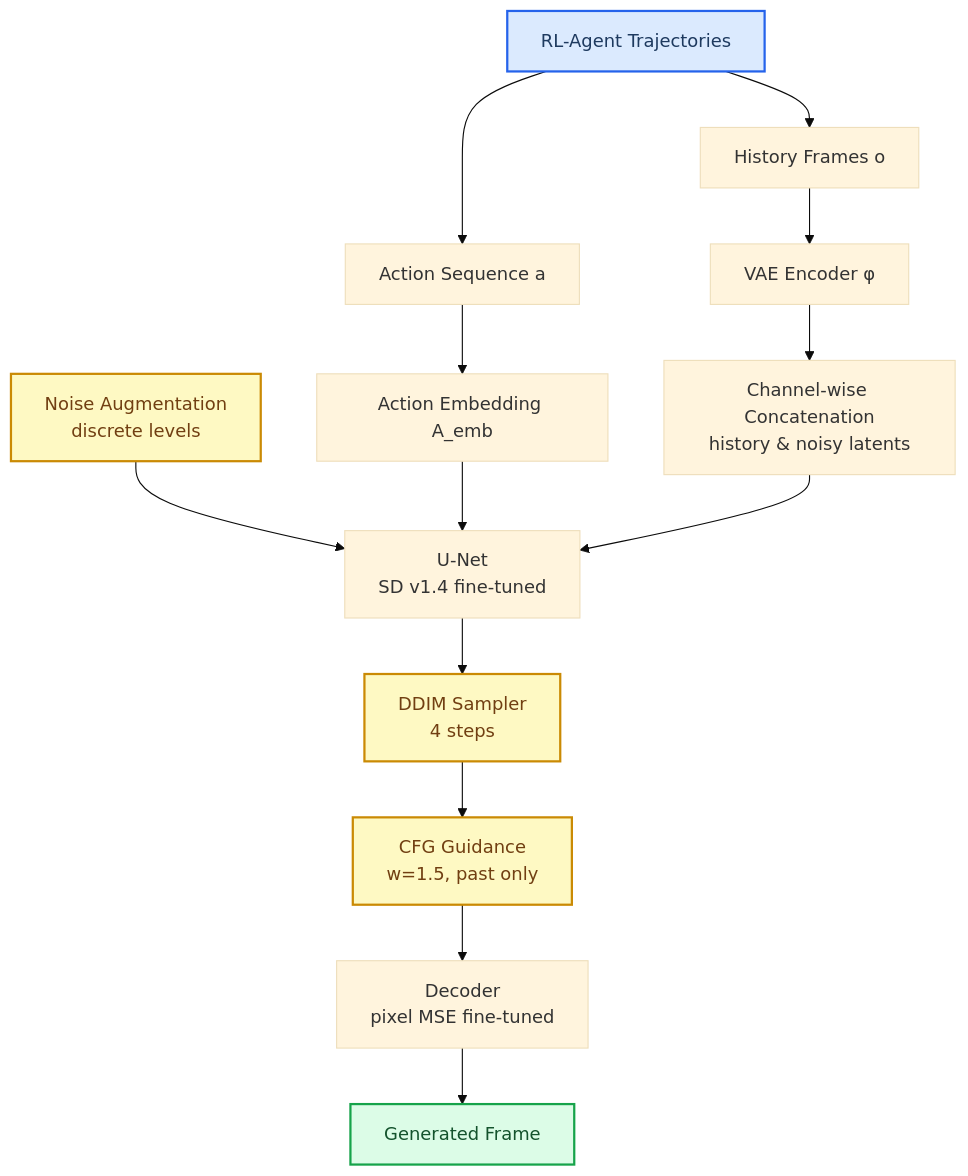
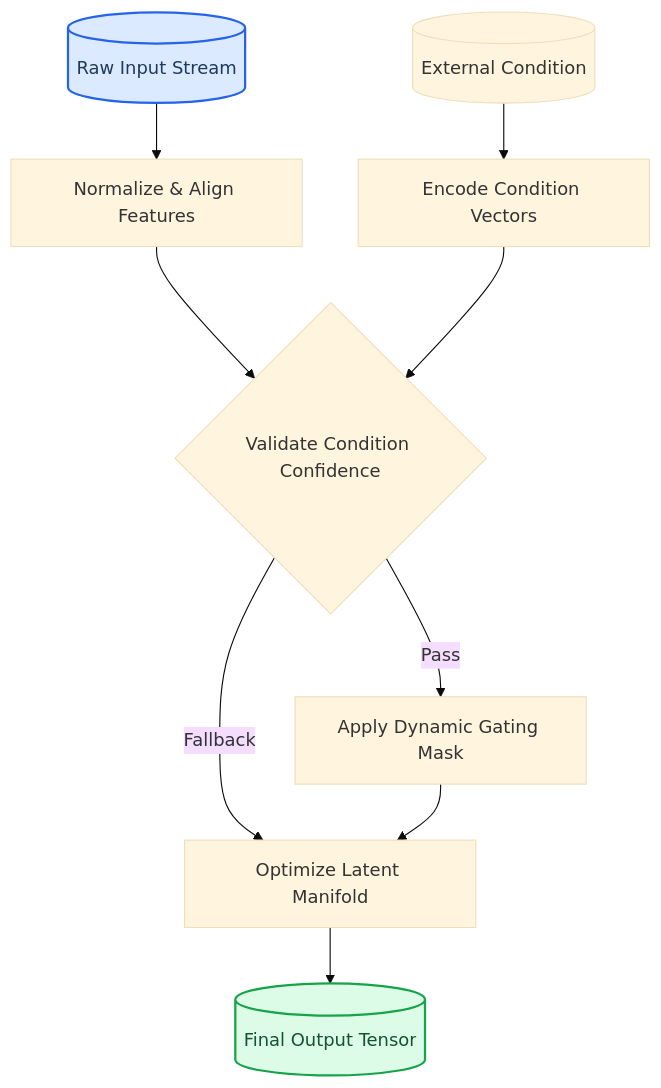
One commit to ShinewineW/paper-rolling changed the third of 10 diagrams in person_vault/2026-06-08_DiffusionModelsAreRealTimeGameEngines_2408.14837/report.md. Above: the diagram before and after it, drawn with Mermaid (base theme). The commit also changed other lines of this file and 300 other files, not shown here.

````diff
--- a/person_vault/2026-06-08_DiffusionModelsAreRealTimeGameEngines_2408.14837/report.md
+++ b/person_vault/2026-06-08_DiffusionModelsAreRealTimeGameEngines_2408.14837/report.md
@@ -124,36 +125,26 @@
 ```mermaid
-flowchart TB
-    agent_trajectories["RL-Agent Trajectories"]
-    action_seq["Action Sequence a"]
-    history_frames["History Frames o"]
-    action_emb["Action Embedding A_emb"]
-    vae_enc["VAE Encoder φ"]
-    noise_aug["Noise Augmentation<br>discrete levels"]
-    concat_latent["Channel-wise Concatenation<br>history & noisy latents"]
-    unet["U-Net<br>SD v1.4 fine-tuned"]
-    ddim["DDIM Sampler<br>4 steps"]
-    cfg["CFG Guidance<br>w=1.5, past only"]
-    decoder["Decoder<br>pixel MSE fine-tuned"]
-    gen_frame["Generated Frame"]
+graph TB
+    raw_data[("Raw Input Stream")]
+    cond_sig[("External Condition")]
+    norm_align["Normalize & Align Features"]
+    cond_enc["Encode Condition Vectors"]
+    gate_check{Validate Condition Confidence}
+    dynamic_fuse["Apply Dynamic Gating Mask"]
+    latent_gen["Optimize Latent Manifold"]
+    final_out[("Final Output Tensor")]
 
-    agent_trajectories --> action_seq
-    agent_trajectories --> history_frames
-    action_seq --> action_emb
-    history_frames --> vae_enc
-    vae_enc --> concat_latent
-    noise_aug --> unet
-    action_emb --> unet
-    concat_latent --> unet
-    unet --> ddim
-    ddim --> cfg
-    cfg --> decoder
-    decoder --> gen_frame
+    raw_data --> norm_align
+    cond_sig --> cond_enc
+    norm_align --> gate_check
+    cond_enc --> gate_check
+    gate_check -->|Pass| dynamic_fuse
+    gate_check -->|Fallback| latent_gen
+    dynamic_fuse --> latent_gen
+    latent_gen --> final_out
 
+    class raw_data required
+    class final_out output
     classDef required fill:#dbeafe,stroke:#2563eb,stroke-width:2px,color:#1e3a5f
     classDef output fill:#dcfce7,stroke:#16a34a,stroke-width:2px,color:#14532d
     classDef optional fill:#fef9c3,stroke:#ca8a04,stroke-width:2px,color:#713f12
-
-    class agent_trajectories required
-    class gen_frame output
-    class noise_aug,ddim,cfg optional
 ```
````
